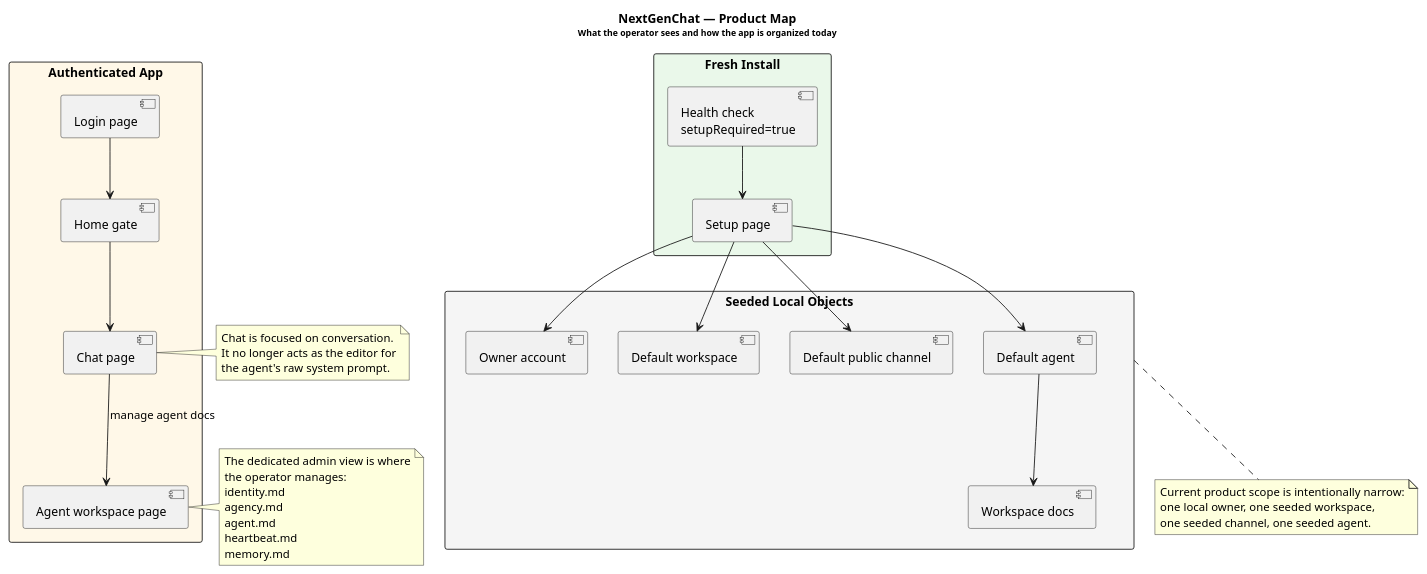
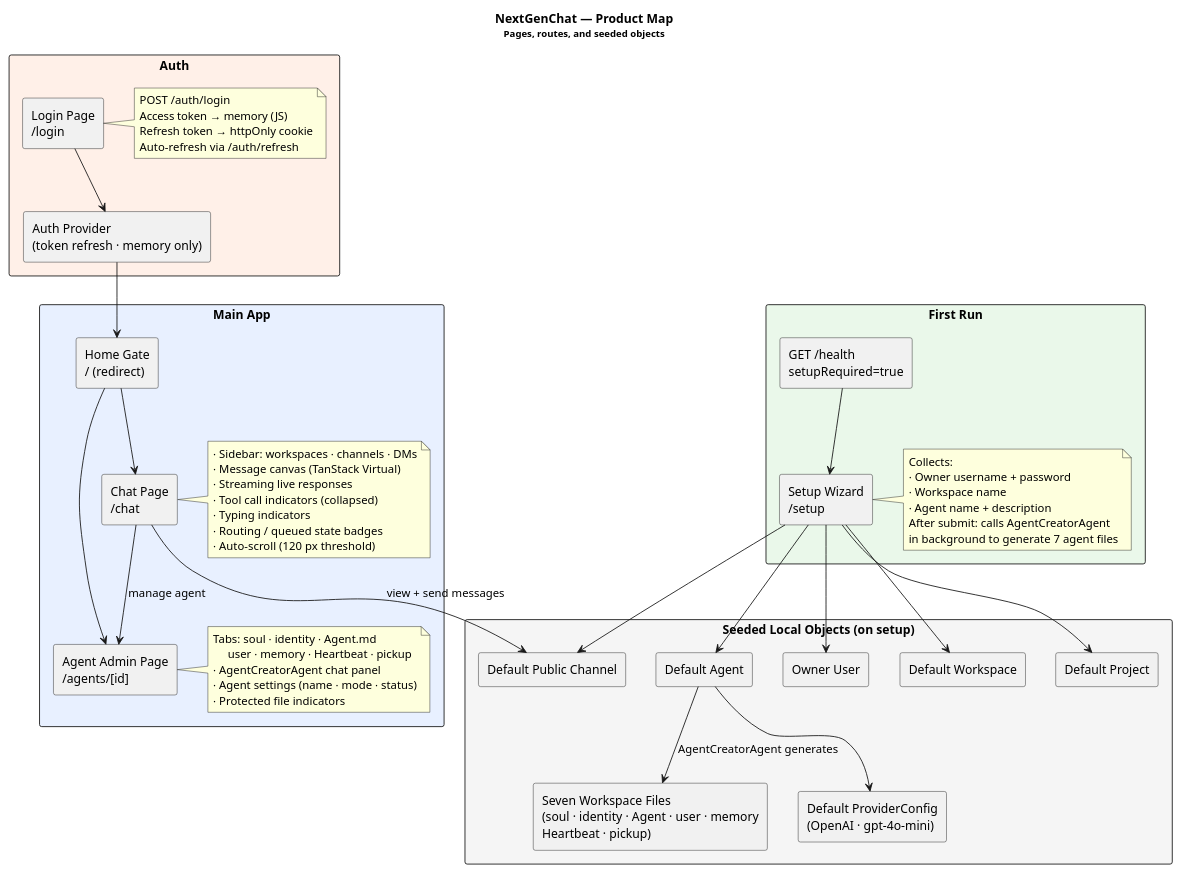
One commit to AmmarAlasad/NextGenChat changed the second of 8 diagrams in architecture.puml. Above: the diagram before and after it, drawn with PlantUML. The commit also changed other lines of this file and 2 other files, not shown here.

```diff
--- a/architecture.puml
+++ b/architecture.puml
@@ -63,58 +198,80 @@
 @startuml ProductMap
-title <b>NextGenChat — Product Map</b>\n<size:10>What the operator sees and how the app is organized today</size>
+title <b>NextGenChat — Product Map</b>\n<size:11>Pages, routes, and seeded objects</size>
 top to bottom direction
+skinparam packageStyle rectangle
+skinparam componentStyle rectangle
+skinparam defaultFontName Helvetica
 
-rectangle "Fresh Install" as Fresh #EAF8EA {
-  component "Health check\nsetupRequired=true" as HealthSetup
-  component "Setup page" as SetupPage
+rectangle "First Run" #EAF8EA {
+  component "GET /health\nsetupRequired=true" as Health
+  component "Setup Wizard\n/setup" as SetupPage
+  note right of SetupPage
+    Collects:
+    · Owner username + password
+    · Workspace name
+    · Agent name + description
+    After submit: calls AgentCreatorAgent
+    in background to generate 7 agent files
+  end note
 }
 
-rectangle "Authenticated App" as App #FFF8E8 {
-  component "Login page" as LoginPage
-  component "Home gate" as HomeGate
-  component "Chat page" as ChatPage
-  component "Agent workspace page" as AgentPage
+rectangle "Auth" #FFF0E8 {
+  component "Login Page\n/login" as LoginPage
+  component "Auth Provider\n(token refresh · memory only)" as AuthProv
+  note right of LoginPage
+    POST /auth/login
+    Access token → memory (JS)
+    Refresh token → httpOnly cookie
+    Auto-refresh via /auth/refresh
+  end note
 }
 
-rectangle "Seeded Local Objects" as Seeded #F5F5F5 {
-  component "Owner account" as OwnerAccount
-  component "Default workspace" as DefaultWorkspace
-  component "Default public channel" as DefaultChannel
-  component "Default agent" as DefaultAgent
-  component "Workspace docs" as WorkspaceDocs
+rectangle "Main App" #E8F0FF {
+  component "Home Gate\n/ (redirect)" as HomeGate
+  component "Chat Page\n/chat" as ChatPage
+  component "Agent Admin Page\n/agents/[id]" as AgentPage
+  note right of ChatPage
+    · Sidebar: workspaces · channels · DMs
+    · Message canvas (TanStack Virtual)
+    · Streaming live responses
+    · Tool call indicators (collapsed)
+    · Typing indicators
+    · Routing / queued state badges
+    · Auto-scroll (120 px threshold)
+  end note
+  note right of AgentPage
+    Tabs: soul · identity · Agent.md
+         user · memory · Heartbeat · pickup
+    · AgentCreatorAgent chat panel
+    · Agent settings (name · mode · status)
+    · Protected file indicators
+  end note
 }
 
-HealthSetup --> SetupPage
-SetupPage --> OwnerAccount
-SetupPage --> DefaultWorkspace
-SetupPage --> DefaultChannel
-SetupPage --> DefaultAgent
-DefaultAgent --> WorkspaceDocs
+rectangle "Seeded Local Objects (on setup)" #F5F5F5 {
+  component "Owner User" as Owner
+  component "Default Workspace" as Workspace
+  component "Default Project" as Project
+  component "Default Public Channel" as Channel
+  component "Default Agent" as Agent
+  component "Seven Workspace Files\n(soul · identity · Agent · user · memory\nHeartbeat · pickup)" as SevenFiles
+  component "Default ProviderConfig\n(OpenAI · gpt-4o-mini)" as ProvConf
+}
 
-LoginPage --> HomeGate
+Health --> SetupPage
+SetupPage --> Owner
+SetupPage --> Workspace
+SetupPage --> Project
+SetupPage --> Channel
+SetupPage --> Agent
+Agent --> SevenFiles : AgentCreatorAgent generates
+Agent --> ProvConf
+
+LoginPage --> AuthProv
+AuthProv --> HomeGate
 HomeGate --> ChatPage
-ChatPage --> AgentPage : manage agent docs
-
-note right of ChatPage
-  Chat is focused on conversation.
-  It no longer acts as the editor for
-  the agent's raw system prompt.
-end note
-
-note right of AgentPage
-  The dedicated admin view is where
-  the operator manages:
-  identity.md
-  agency.md
-  agent.md
-  heartbeat.md
-  memory.md
-end note
-
-note bottom of Seeded
-  Current product scope is intentionally narrow:
-  one local owner, one seeded workspace,
-  one seeded channel, one seeded agent.
-end note
+HomeGate --> AgentPage
+ChatPage --> AgentPage : manage agent
+ChatPage --> Channel : view + send messages
 
 @enduml
```
